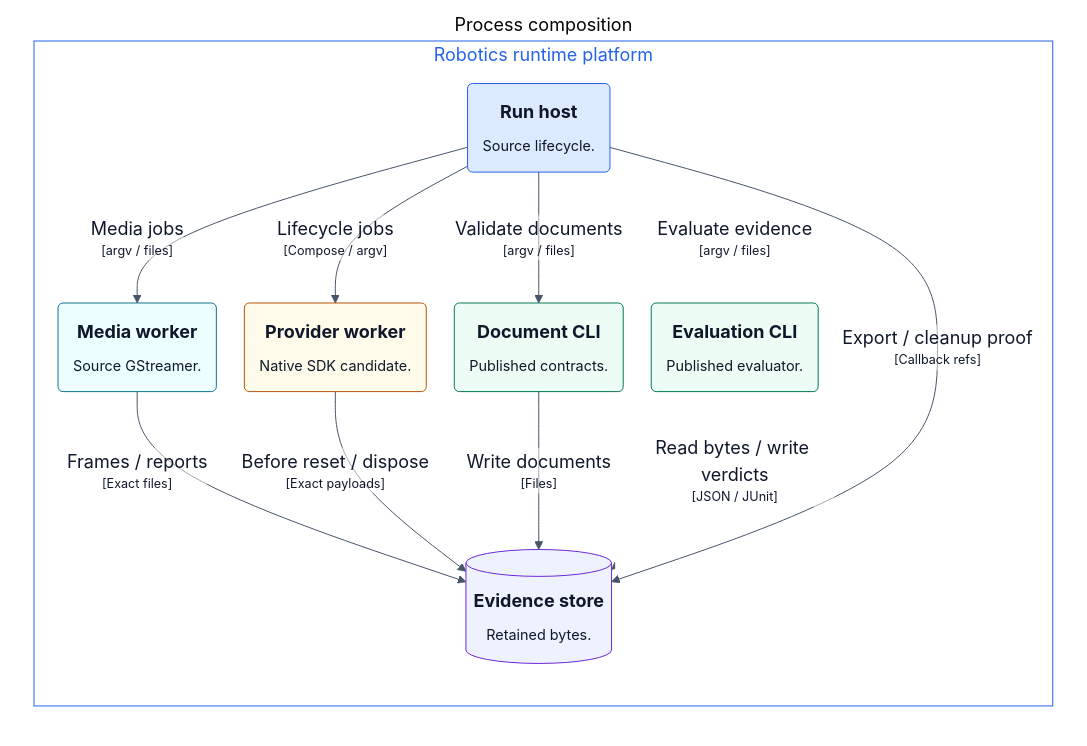
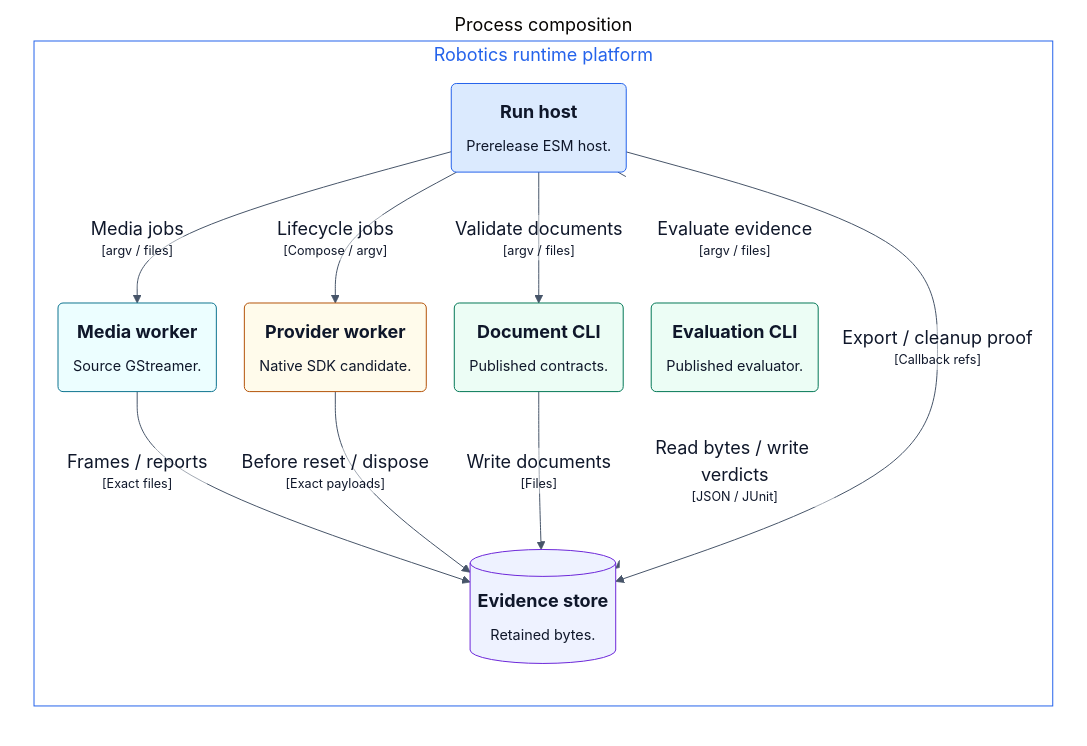
The first of 2 diagrams in README.md (mmkolpakov/robotics-runtime), drawn with Mermaid before and after one commit. The commit also changed other lines of this file and 17 other files, not shown here.

Commit message:
Document the published core host and update architecture status

````diff
--- a/README.md
+++ b/README.md
@@ -53,37 +65,37 @@
 ```mermaid
 %%{init: {"theme":"base","themeVariables":{"fontFamily":"Arial, Segoe UI, sans-serif","fontSize":"18px","primaryTextColor":"#0f172a","lineColor":"#475569","edgeLabelBackground":"#ffffff","clusterBkg":"#f8fafc","clusterBorder":"#94a3b8","primaryColor":"#eff6ff","primaryBorderColor":"#64748b","secondaryColor":"#f1f5f9","tertiaryColor":"#f8fafc","noteBkgColor":"#fff7ed","noteBorderColor":"#b45309","noteTextColor":"#0f172a"},"flowchart":{"curve":"basis","htmlLabels":true,"nodeSpacing":28,"rankSpacing":35,"useMaxWidth":false},"sequence":{"useMaxWidth":false,"actorMargin":35,"width":165,"wrap":true,"noteMargin":10},"state":{"useMaxWidth":false}}}%%
 graph LR
   linkStyle default fill:#ffffff
 
   subgraph diagram ["Process composition"]
     style diagram fill:#ffffff,stroke:#ffffff
 
     subgraph 7 ["Robotics runtime platform"]
       style 7 fill:#ffffff,stroke:#2563eb,color:#2563eb
 
       10("<div style='font-weight: bold'>Evaluation CLI</div><div style='font-size: 80%; margin-top:10px'>Published evaluator.</div>")
       style 10 fill:#ecfdf5,stroke:#047857,color:#0f172a
       11("<div style='font-weight: bold'>Provider worker</div><div style='font-size: 80%; margin-top:10px'>Native SDK candidate.</div>")
       style 11 fill:#fffbeb,stroke:#b45309,color:#0f172a
       12("<div style='font-weight: bold'>Media worker</div><div style='font-size: 80%; margin-top:10px'>Source GStreamer.</div>")
       style 12 fill:#ecfeff,stroke:#0e7490,color:#0f172a
       13[("<div style='font-weight: bold'>Evidence store</div><div style='font-size: 80%; margin-top:10px'>Retained bytes.</div>")]
       style 13 fill:#eef2ff,stroke:#6d28d9,color:#0f172a
-      8("<div style='font-weight: bold'>Run host</div><div style='font-size: 80%; margin-top:10px'>Source lifecycle.</div>")
+      8("<div style='font-weight: bold'>Run host</div><div style='font-size: 80%; margin-top:10px'>Prerelease ESM host.</div>")
       style 8 fill:#dbeafe,stroke:#2563eb,color:#0f172a
       9("<div style='font-weight: bold'>Document CLI</div><div style='font-size: 80%; margin-top:10px'>Published contracts.</div>")
       style 9 fill:#ecfdf5,stroke:#047857,color:#0f172a
     end
 
     8-- "<div>Validate documents</div><div style='font-size: 70%'>[argv / files]</div>" -->9
     8-- "<div>Evaluate evidence</div><div style='font-size: 70%'>[argv / files]</div>" -->10
     8-- "<div>Lifecycle jobs</div><div style='font-size: 70%'>[Compose / argv]</div>" -->11
     8-- "<div>Media jobs</div><div style='font-size: 70%'>[argv / files]</div>" -->12
     12-- "<div>Frames / reports</div><div style='font-size: 70%'>[Exact files]</div>" -->13
     11-- "<div>Before reset / dispose</div><div style='font-size: 70%'>[Exact payloads]</div>" -->13
     9-- "<div>Write documents</div><div style='font-size: 70%'>[Files]</div>" -->13
     10-- "<div>Read bytes / write verdicts</div><div style='font-size: 70%'>[JSON / JUnit]</div>" -->13
     8-- "<div>Export / cleanup proof</div><div style='font-size: 70%'>[Callback refs]</div>" -->13
 
   end
 ```
````
